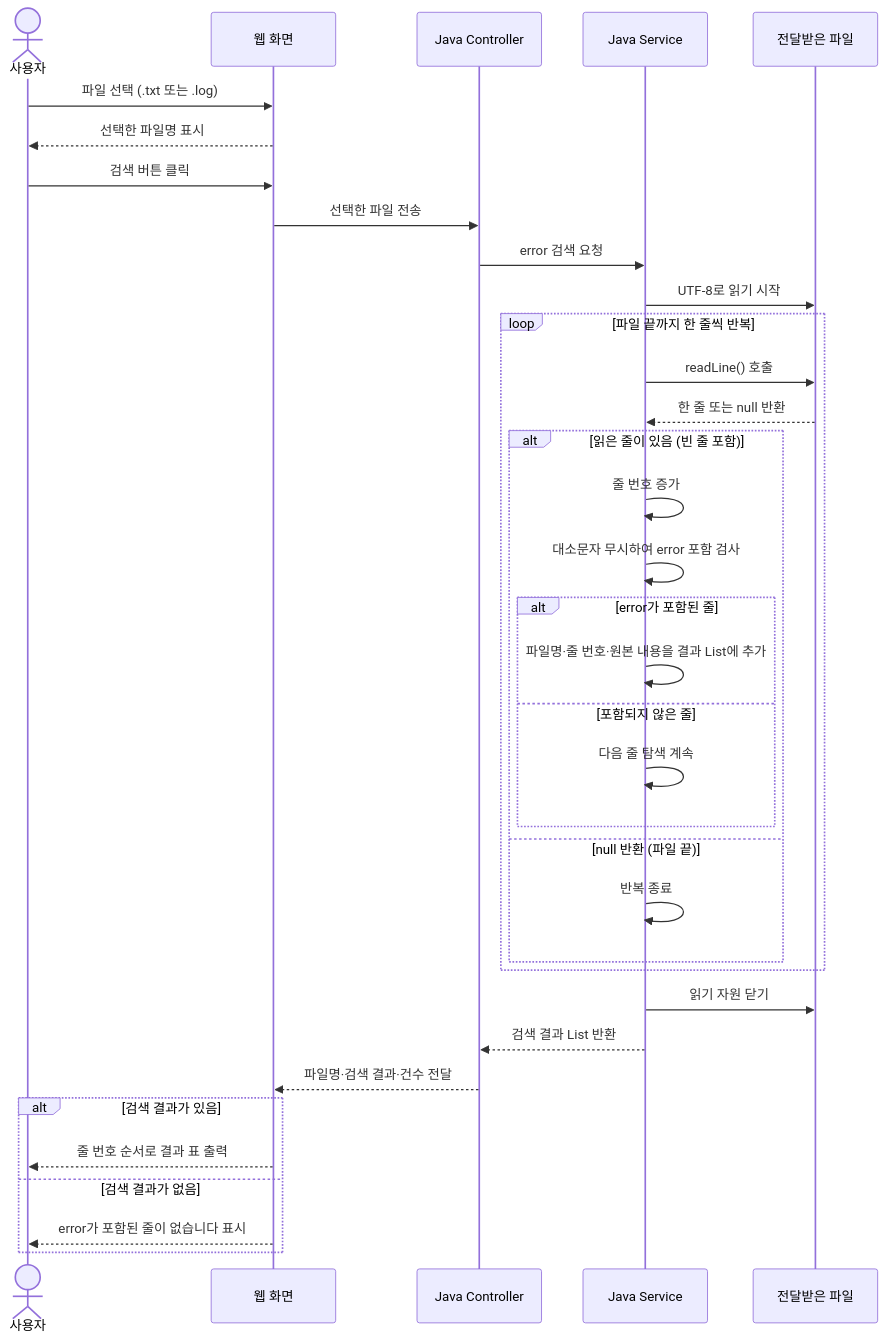
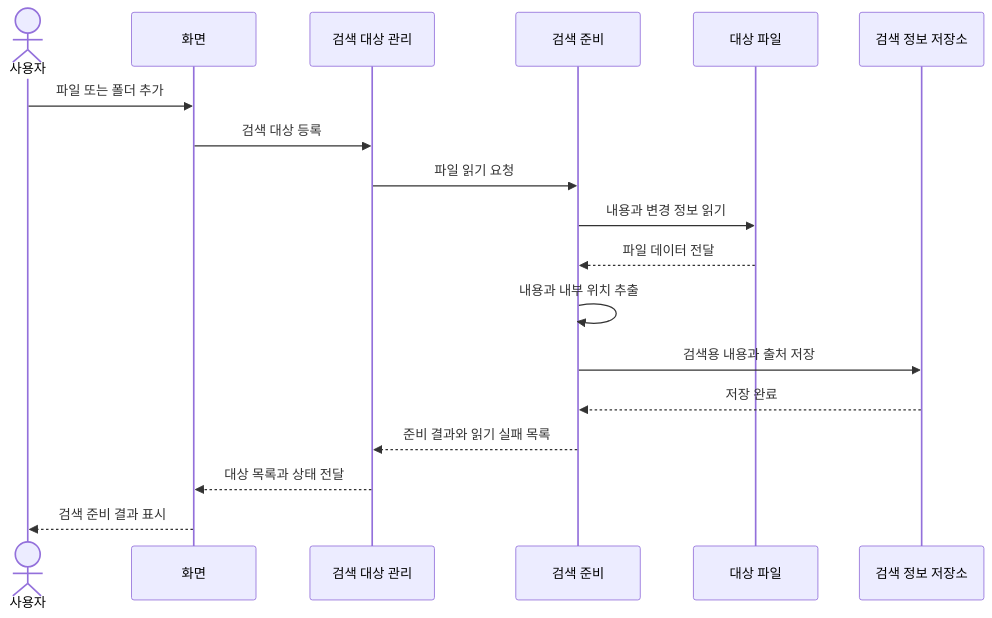
The second of 5 diagrams in README.md (lovely0503/MyProject), drawn with Mermaid before and after one commit. The commit also changed other lines of this file, not shown here.

````diff
--- a/README.md
+++ b/README.md
@@ -28,41 +155,21 @@
 ```mermaid
 sequenceDiagram
-    actor U as 사용자
-    participant V as 웹 화면
-    participant C as Java Controller
-    participant S as Java Service
-    participant F as 전달받은 파일
+    actor User as 사용자
+    participant Screen as 화면
+    participant Manager as 검색 대상 관리
+    participant Prepare as 검색 준비
+    participant Files as 대상 파일
+    participant Store as 검색 정보 저장소
 
-    U->>V: 파일 선택 (.txt 또는 .log)
-    V-->>U: 선택한 파일명 표시
-    U->>V: 검색 버튼 클릭
-    V->>C: 선택한 파일 전송
-    C->>S: error 검색 요청
-    S->>F: UTF-8로 읽기 시작
-
-    loop 파일 끝까지 한 줄씩 반복
-        S->>F: readLine() 호출
-        F-->>S: 한 줄 또는 null 반환
-        alt 읽은 줄이 있음 (빈 줄 포함)
-            S->>S: 줄 번호 증가
-            S->>S: 대소문자 무시하여 error 포함 검사
-            alt error가 포함된 줄
-                S->>S: 파일명·줄 번호·원본 내용을 결과 List에 추가
-            else 포함되지 않은 줄
-                S->>S: 다음 줄 탐색 계속
-            end
-        else null 반환 (파일 끝)
-            S->>S: 반복 종료
-        end
-    end
-
-    S->>F: 읽기 자원 닫기
-    S-->>C: 검색 결과 List 반환
-    C-->>V: 파일명·검색 결과·건수 전달
-
-    alt 검색 결과가 있음
-        V-->>U: 줄 번호 순서로 결과 표 출력
-    else 검색 결과가 없음
-        V-->>U: error가 포함된 줄이 없습니다 표시
-    end
+    User->>Screen: 파일 또는 폴더 추가
+    Screen->>Manager: 검색 대상 등록
+    Manager->>Prepare: 파일 읽기 요청
+    Prepare->>Files: 내용과 변경 정보 읽기
+    Files-->>Prepare: 파일 데이터 전달
+    Prepare->>Prepare: 내용과 내부 위치 추출
+    Prepare->>Store: 검색용 내용과 출처 저장
+    Store-->>Prepare: 저장 완료
+    Prepare-->>Manager: 준비 결과와 읽기 실패 목록
+    Manager-->>Screen: 대상 목록과 상태 전달
+    Screen-->>User: 검색 준비 결과 표시
 ```
````
